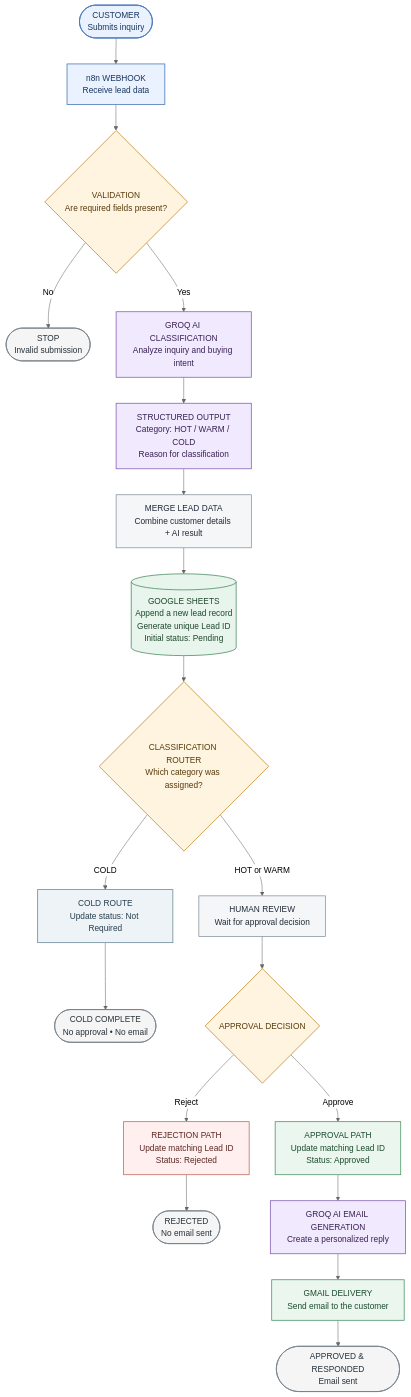
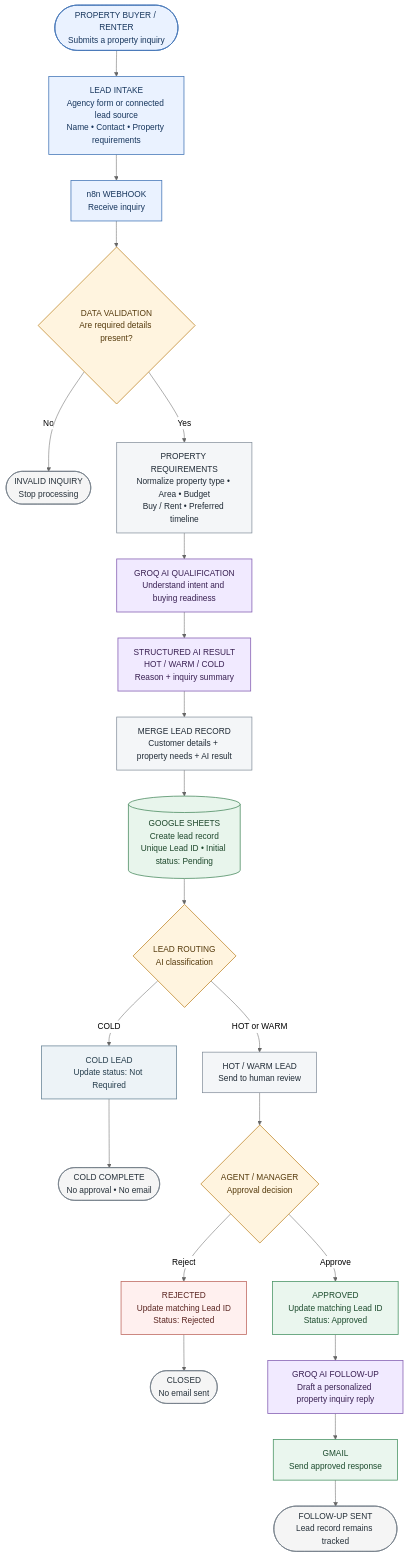
One commit to MBM305/AI-Powered-Lead-Management-System changed the diagram in Documentation/architecture.md. Above: the diagram before and after it, drawn with Mermaid (neutral theme). The commit also changed other lines of this file, not shown here.

Commit message:
Document real estate lead management architecture

````diff
--- a/Documentation/architecture.md
+++ b/Documentation/architecture.md
@@ -7,46 +7,57 @@
 ```mermaid
 flowchart TB
-    A(["CUSTOMER<br/>Submits inquiry"]) --> B["n8n WEBHOOK<br/>Receive lead data"]
-    B --> C{"VALIDATION<br/>Are required fields present?"}
+    A(["PROPERTY BUYER / RENTER<br/>Submits a property inquiry"])
+    B["LEAD INTAKE<br/>Agency form or connected lead source<br/>Name • Contact • Property requirements"]
+    C["n8n WEBHOOK<br/>Receive inquiry"]
+    D{"DATA VALIDATION<br/>Are required details present?"}
+    X(["INVALID INQUIRY<br/>Stop processing"])
 
-    C -->|No| X(["STOP<br/>Invalid submission"])
-    C -->|Yes| D["GROQ AI CLASSIFICATION<br/>Analyze inquiry and buying intent"]
-    D --> E["STRUCTURED OUTPUT<br/>Category: HOT / WARM / COLD<br/>Reason for classification"]
-    E --> F["MERGE LEAD DATA<br/>Combine customer details + AI result"]
-    F --> G[("GOOGLE SHEETS<br/>Append a new lead record<br/>Generate unique Lead ID<br/>Initial status: Pending")]
-    G --> H{"CLASSIFICATION ROUTER<br/>Which category was assigned?"}
+    E["PROPERTY REQUIREMENTS<br/>Normalize property type • Area • Budget<br/>Buy / Rent • Preferred timeline"]
+    F["GROQ AI QUALIFICATION<br/>Understand intent and buying readiness"]
+    G["STRUCTURED AI RESULT<br/>HOT / WARM / COLD<br/>Reason + inquiry summary"]
+    H["MERGE LEAD RECORD<br/>Customer details + property needs + AI result"]
+    I[("GOOGLE SHEETS<br/>Create lead record<br/>Unique Lead ID • Initial status: Pending")]
+    J{"LEAD ROUTING<br/>AI classification"}
 
-    H -->|COLD| I["COLD ROUTE<br/>Update status: Not Required"]
-    I --> J(["COLD COMPLETE<br/>No approval • No email"])
+    K["COLD LEAD<br/>Update status: Not Required"]
+    K1(["COLD COMPLETE<br/>No approval • No email"])
 
-    H -->|HOT or WARM| K["HUMAN REVIEW<br/>Wait for approval decision"]
-    K --> L{"APPROVAL DECISION"}
+    L["HOT / WARM LEAD<br/>Send to human review"]
+    M{"AGENT / MANAGER<br/>Approval decision"}
 
-    L -->|Reject| M["REJECTION PATH<br/>Update matching Lead ID<br/>Status: Rejected"]
-    M --> N(["REJECTED<br/>No email sent"])
+    N["REJECTED<br/>Update matching Lead ID<br/>Status: Rejected"]
+    N1(["CLOSED<br/>No email sent"])
 
-    L -->|Approve| O["APPROVAL PATH<br/>Update matching Lead ID<br/>Status: Approved"]
-    O --> P["GROQ AI EMAIL GENERATION<br/>Create a personalized reply"]
-    P --> Q["GMAIL DELIVERY<br/>Send email to the customer"]
-    Q --> R(["APPROVED & RESPONDED<br/>Email sent"])
+    O["APPROVED<br/>Update matching Lead ID<br/>Status: Approved"]
+    P["GROQ AI FOLLOW-UP<br/>Draft a personalized property inquiry reply"]
+    Q["GMAIL<br/>Send approved response"]
+    R(["FOLLOW-UP SENT<br/>Lead record remains tracked"])
+
+    A --> B --> C --> D
+    D -->|No| X
+    D -->|Yes| E --> F --> G --> H --> I --> J
+    J -->|COLD| K --> K1
+    J -->|HOT or WARM| L --> M
+    M -->|Reject| N --> N1
+    M -->|Approve| O --> P --> Q --> R
 
     classDef source fill:#eaf2ff,stroke:#4778b8,color:#17365d,stroke-width:1.5px
     classDef process fill:#f4f6f8,stroke:#7b8794,color:#202b36,stroke-width:1.3px
     classDef ai fill:#f1eaff,stroke:#8560b3,color:#392052,stroke-width:1.5px
     classDef data fill:#e8f5ec,stroke:#4b8b61,color:#1d472b,stroke-width:1.5px
     classDef decision fill:#fff4df,stroke:#c18a2f,color:#563b0d,stroke-width:1.5px
     classDef cold fill:#edf3f7,stroke:#6c8799,color:#263e4d,stroke-width:1.5px
     classDef reject fill:#fff0ef,stroke:#bf6a62,color:#5b2622,stroke-width:1.5px
     classDef approve fill:#eaf6ee,stroke:#4b9566,color:#1c4b2d,stroke-width:1.5px
     classDef finish fill:#f5f5f5,stroke:#737d87,color:#26313a,stroke-width:1.3px
 
-    class A,B source
-    class C,H,L decision
-    class D,E,P ai
-    class F,K process
-    class G data
-    class I cold
-    class M reject
+    class A,B,C source
+    class D,J,M decision
+    class E,H,L process
+    class F,G,P ai
+    class I data
+    class K cold
+    class N reject
     class O,Q approve
-    class X,J,N,R finish
+    class X,K1,N1,R finish
 ```
````
